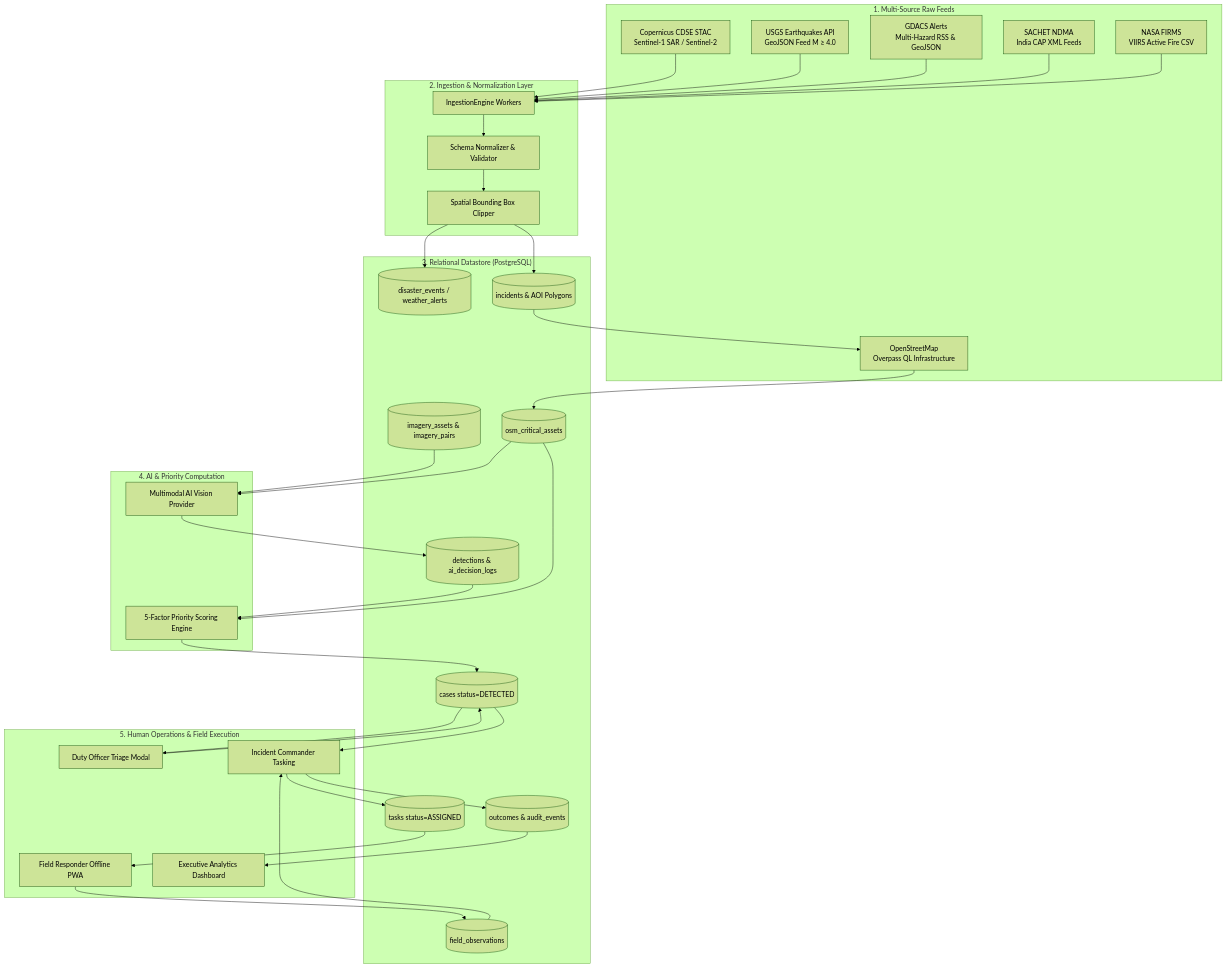
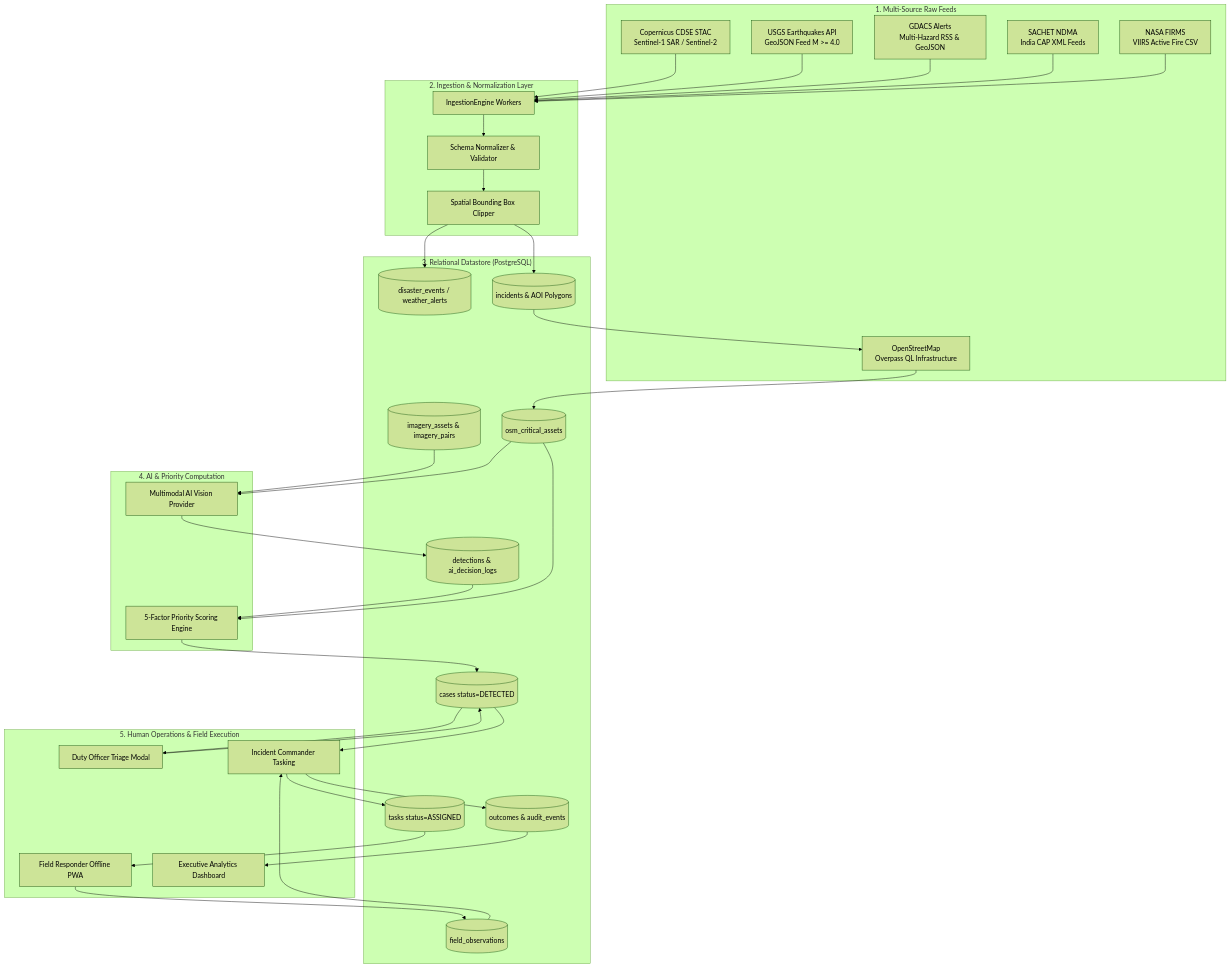
One commit to rohitkumarnaidu/Disaster-Intelligence-Response-OS changed the diagram in docs/03-architecture/04-data-flow.md. Above: the diagram before and after it, drawn with Mermaid (forest theme). The commit also changed 21 other files, not shown here.

````diff
--- a/docs/03-architecture/04-data-flow.md
+++ b/docs/03-architecture/04-data-flow.md
@@ -14,55 +14,56 @@
 ```mermaid
 flowchart TD
     subgraph ExternalSources["1. Multi-Source Raw Feeds"]
-        E1[Copernicus CDSE STAC<br/>Sentinel-1 SAR / Sentinel-2]
-        E2[USGS Earthquakes API<br/>GeoJSON Feed M ≥ 4.0]
-        E3[GDACS Alerts<br/>Multi-Hazard RSS & GeoJSON]
-        E4[SACHET NDMA<br/>India CAP XML Feeds]
-        E5[NASA FIRMS<br/>VIIRS Active Fire CSV]
-        E6[OpenStreetMap<br/>Overpass QL Infrastructure]
+        E1["Copernicus CDSE STAC<br/>Sentinel-1 SAR / Sentinel-2"]
+        E2["USGS Earthquakes API<br/>GeoJSON Feed M >= 4.0"]
+        E3["GDACS Alerts<br/>Multi-Hazard RSS & GeoJSON"]
+        E4["SACHET NDMA<br/>India CAP XML Feeds"]
+        E5["NASA FIRMS<br/>VIIRS Active Fire CSV"]
+        E6["OpenStreetMap<br/>Overpass QL Infrastructure"]
     end
 
     subgraph Normalization["2. Ingestion & Normalization Layer"]
-        N1[IngestionEngine Workers]
-        N2[Schema Normalizer & Validator]
-        N3[Spatial Bounding Box Clipper]
+        N1["IngestionEngine Workers"]
+        N2["Schema Normalizer & Validator"]
+        N3["Spatial Bounding Box Clipper"]
     end
 
     subgraph Datastore["3. Relational Datastore (PostgreSQL)"]
-        D1[(disaster_events / weather_alerts)]
-        D2[(incidents & AOI Polygons)]
-        D3[(osm_critical_assets)]
-        D4[(imagery_assets & imagery_pairs)]
-        D5[(detections & ai_decision_logs)]
-        D6[(cases status=DETECTED)]
-        D7[(tasks status=ASSIGNED)]
-        D8[(field_observations)]
-        D9[(outcomes & audit_events)]
+        D1[("disaster_events / weather_alerts")]
+        D2[("incidents & AOI Polygons")]
+        D3[("osm_critical_assets")]
+        D4[("imagery_assets & imagery_pairs")]
+        D5[("detections & ai_decision_logs")]
+        D6[("cases status=DETECTED")]
+        D7[("tasks status=ASSIGNED")]
+        D8[("field_observations")]
+        D9[("outcomes & audit_events")]
     end
 
     subgraph AnalyticsAI["4. AI & Priority Computation"]
-        A1[Multimodal AI Vision Provider]
-        A2[5-Factor Priority Scoring Engine]
+        A1["Multimodal AI Vision Provider"]
+        A2["5-Factor Priority Scoring Engine"]
     end
 
     subgraph HumanOps["5. Human Operations & Field Execution"]
-        H1[Duty Officer Triage Modal]
-        H2[Incident Commander Tasking]
-        H3[Field Responder Offline PWA]
-        H4[Executive Analytics Dashboard]
+        H1["Duty Officer Triage Modal"]
+        H2["Incident Commander Tasking"]
+        H3["Field Responder Offline PWA"]
+        H4["Executive Analytics Dashboard"]
     end
 
     E1 & E2 & E3 & E4 & E5 --> N1
     N1 --> N2 --> N3
     N3 --> D1 & D2
     D2 --> E6 --> D3
 
     D4 & D3 --> A1 --> D5
     D5 & D3 --> A2 --> D6
 
     D6 --> H1 --> D6
     D6 --> H2 --> D7
     D7 --> H3 --> D8
     D8 --> H2 --> D9
     D9 --> H4
+
 ```
````
